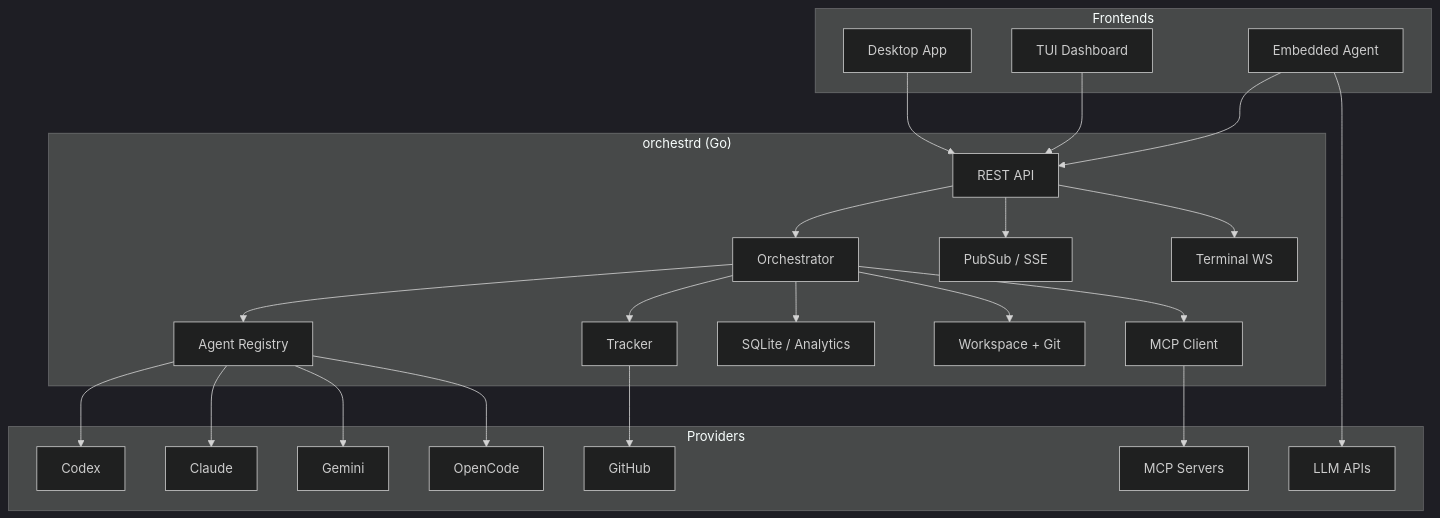
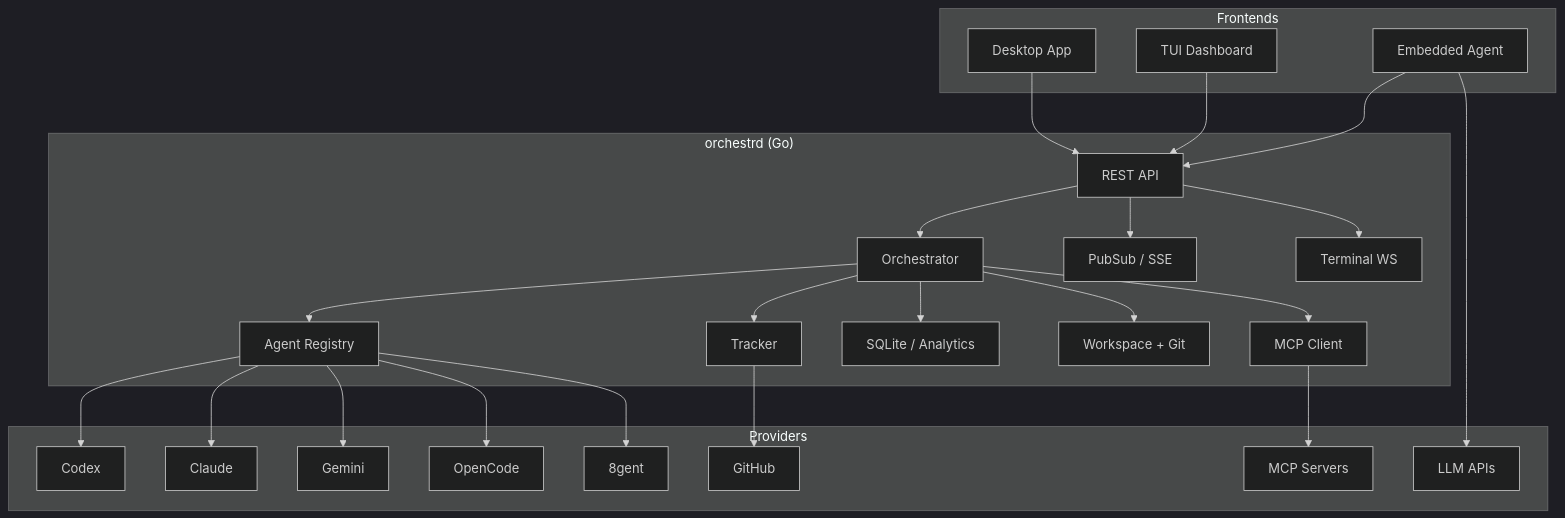
The diagram in README.md (bradAGI/Orchestra), drawn with Mermaid (dark theme) before and after one commit. The commit also changed other lines of this file and 5 other files, not shown here.

````diff
--- a/README.md
+++ b/README.md
@@ -162,49 +162,51 @@
 ```mermaid
 graph TB
     subgraph Frontends
         DESKTOP["Desktop App"]
         TUI["TUI Dashboard"]
         AGENT["Embedded Agent"]
     end
 
     subgraph Backend["orchestrd (Go)"]
         API["REST API"]
         ORCH["Orchestrator"]
         PUB["PubSub / SSE"]
         REG["Agent Registry"]
         TRACKER["Tracker"]
         DB["SQLite / Analytics"]
         WS["Workspace + Git"]
         TERM["Terminal WS"]
         MCP["MCP Client"]
     end
 
     subgraph Providers
         CODEX["Codex"]
         CLAUDE["Claude"]
         GEMINI["Gemini"]
         OPENCODE["OpenCode"]
+        EIGHT["8gent"]
         GH["GitHub"]
         LLM["LLM APIs"]
         MCP_SRV["MCP Servers"]
     end
 
     DESKTOP --> API
     TUI --> API
     AGENT --> API
     API --> ORCH
     API --> PUB
     API --> TERM
     ORCH --> REG
     ORCH --> TRACKER
     ORCH --> DB
     ORCH --> WS
     REG --> CODEX
     REG --> CLAUDE
     REG --> GEMINI
     REG --> OPENCODE
+    REG --> EIGHT
     TRACKER --> GH
     AGENT --> LLM
     ORCH --> MCP
     MCP --> MCP_SRV
 ```
````
